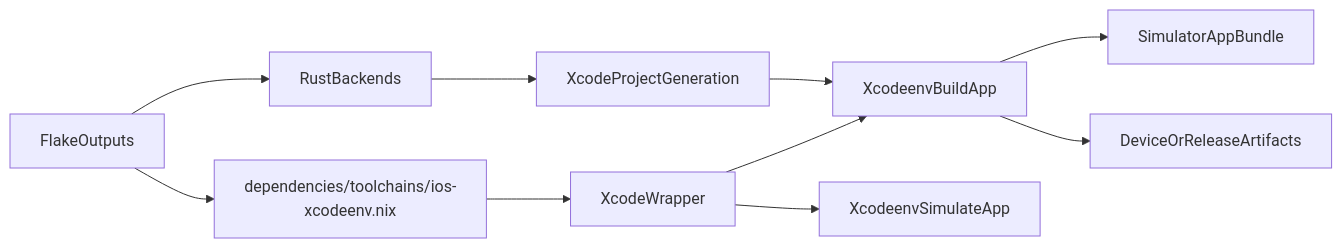
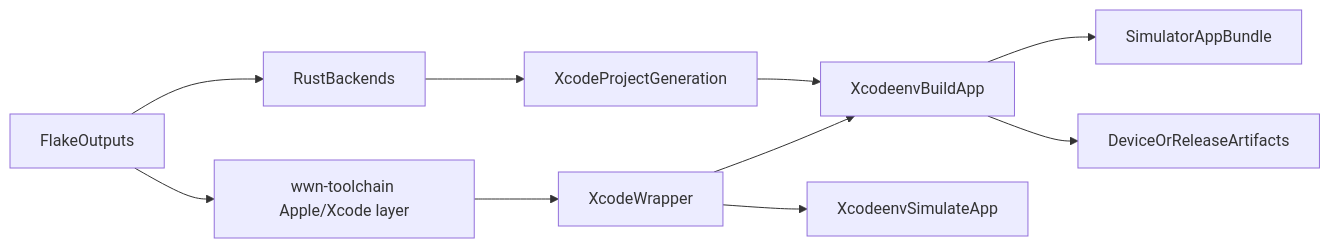
The second of 7 diagrams in docs/2026-ARCHITECTURE-STRUCTURE.md (Wawona/Wawona), drawn with Mermaid before and after one commit. The commit also changed other lines of this file and 31 other files, not shown here.

First line of the commit message:
refactor(nix): redirect toolchain duplicates to wwn-* flake inputs

````diff
--- a/docs/2026-ARCHITECTURE-STRUCTURE.md
+++ b/docs/2026-ARCHITECTURE-STRUCTURE.md
@@ -207,12 +207,12 @@
 ```mermaid
 flowchart LR
-    flakeOutputs[FlakeOutputs] --> iosToolchain[dependencies/toolchains/ios-xcodeenv.nix]
+    flakeOutputs[FlakeOutputs] --> iosToolchain[wwn-toolchain Apple/Xcode layer]
     flakeOutputs --> rustBackends[RustBackends]
     rustBackends --> xcodeProject[XcodeProjectGeneration]
     iosToolchain --> xcodeWrapper[XcodeWrapper]
     xcodeWrapper --> buildApp[XcodeenvBuildApp]
     xcodeWrapper --> simulateApp[XcodeenvSimulateApp]
     xcodeProject --> buildApp
     buildApp --> simApp[SimulatorAppBundle]
     buildApp --> deviceApp[DeviceOrReleaseArtifacts]
 ```
````
